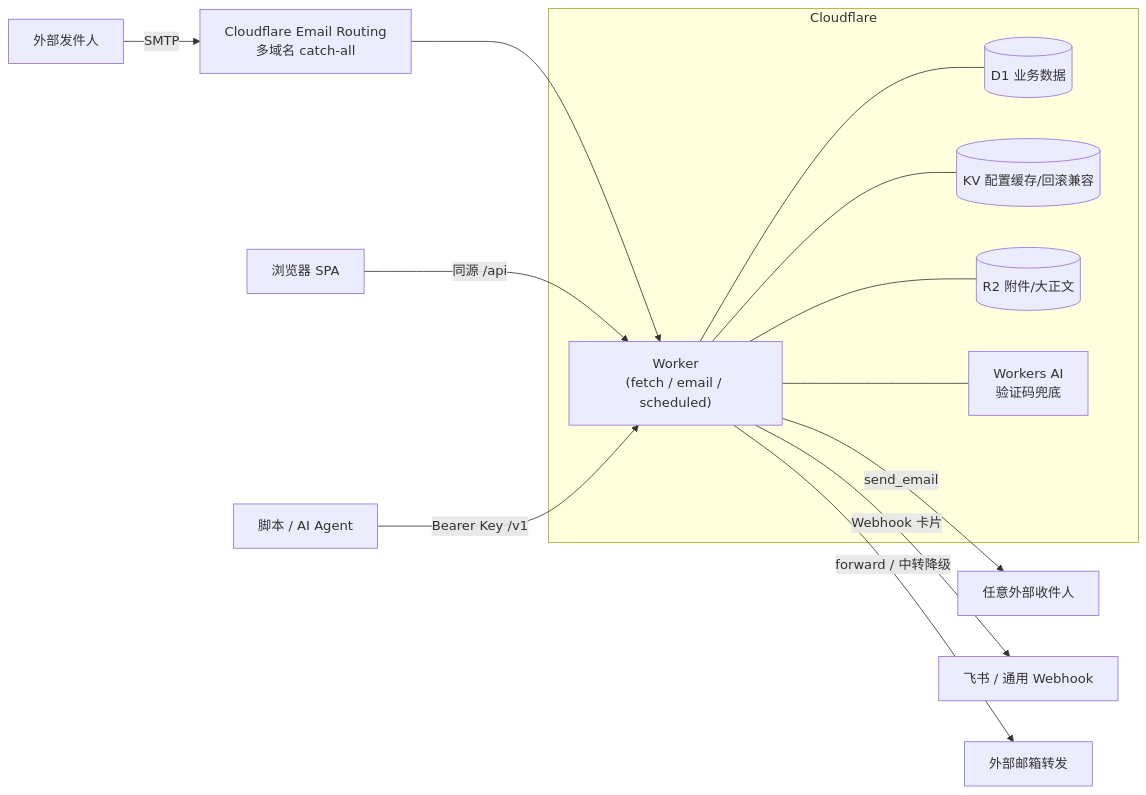
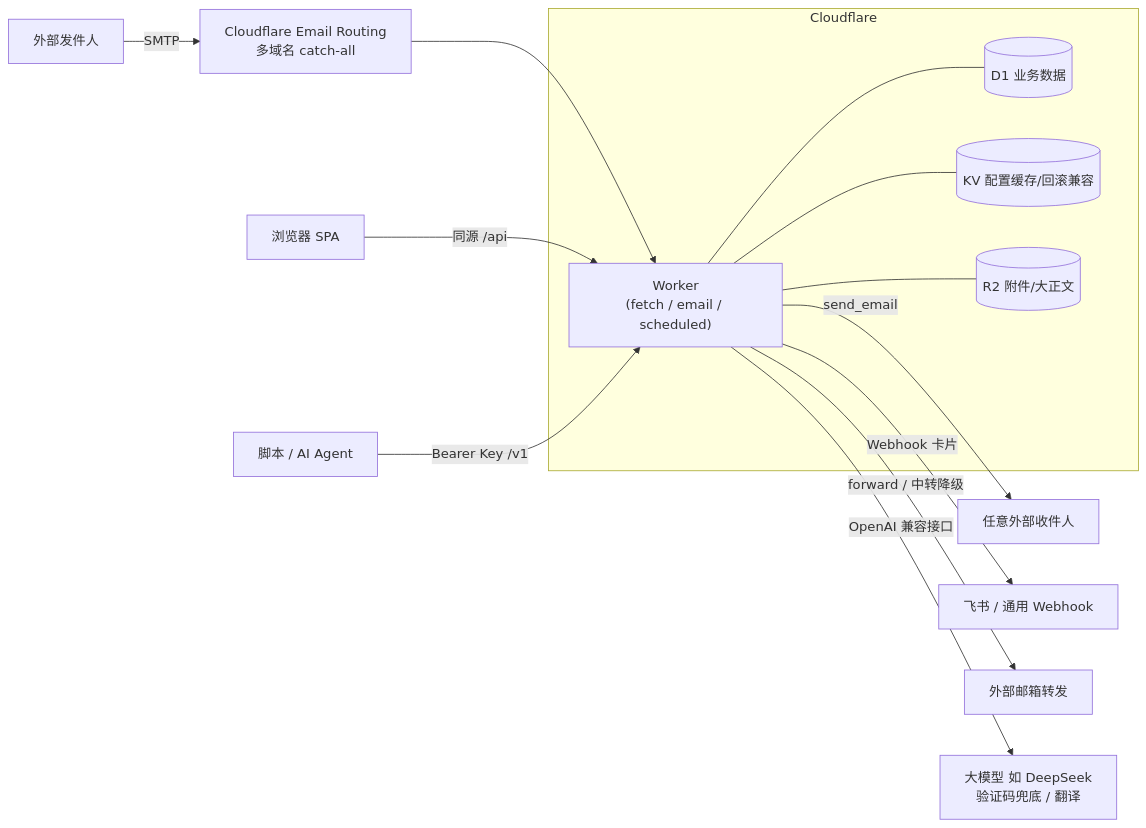
Before and after one commit to riba2534/hpc-mail: the diagram in README.md, drawn with Mermaid. The commit also changed other lines of this file and 56 other files, not shown here.

````diff
--- a/README.md
+++ b/README.md
@@ -87,23 +88,22 @@
 ```mermaid
 flowchart LR
     S[外部发件人] -->|SMTP| ER[Cloudflare Email Routing<br/>多域名 catch-all]
     ER --> W
 
     subgraph CF [Cloudflare]
         W["Worker<br/>(fetch / email / scheduled)"]
         D1[(D1 业务数据)]
         KV[(KV 配置缓存/回滚兼容)]
         R2[(R2 附件/大正文)]
-        AI[Workers AI<br/>验证码兜底]
         W --- D1
         W --- KV
         W --- R2
-        W --- AI
     end
 
     B[浏览器 SPA] -->|同源 /api| W
     C[脚本 / AI Agent] -->|Bearer Key /v1| W
     W -->|send_email| OUT[任意外部收件人]
     W -->|Webhook 卡片| FS[飞书 / 通用 Webhook]
     W -->|forward / 中转降级| FW[外部邮箱转发]
+    W -->|OpenAI 兼容接口| LLM[大模型 如 DeepSeek<br/>验证码兜底 / 翻译]
 ```
````
